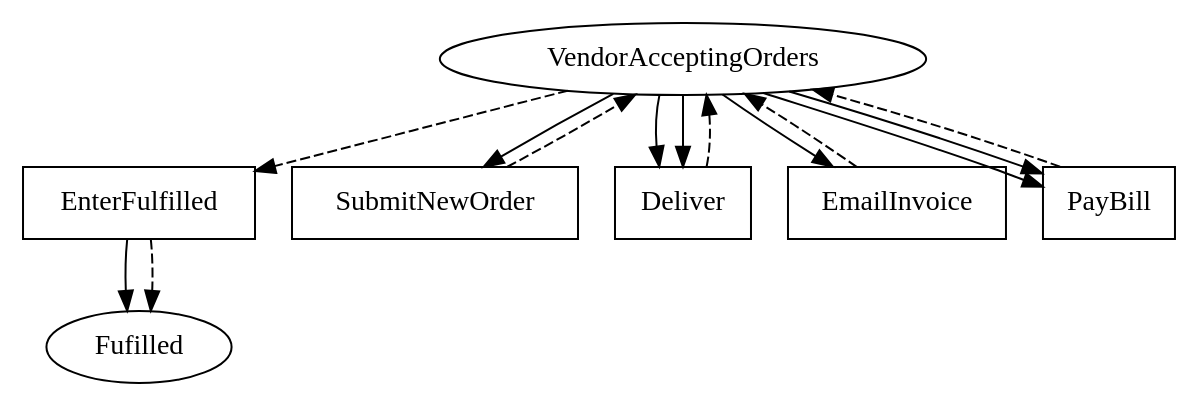
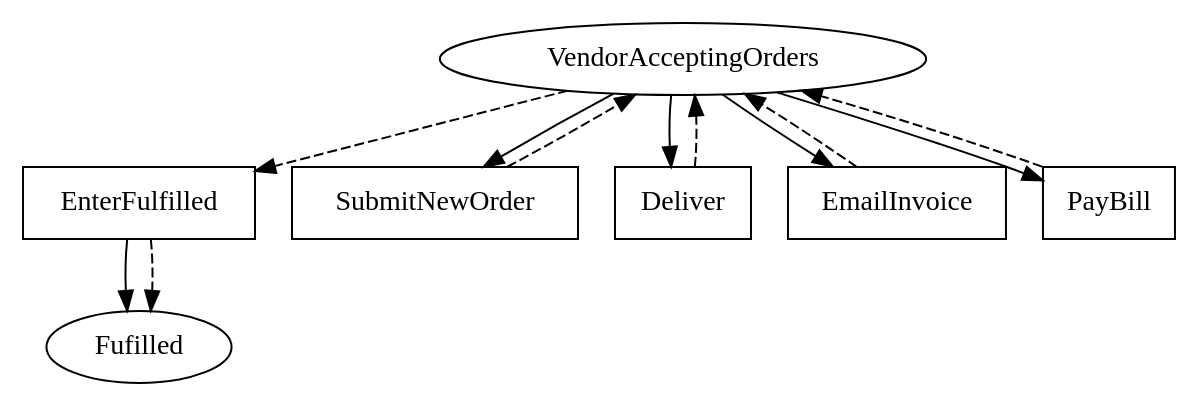
Before and after one commit to Marcao02/complaw-deeptech: the diagram in linear_state_machine_language/pyL4/examples_graphviz_out/from_academic_lit/hvitved_master_sales_agreement_full_with_ids_and_obligation_objects.dot, drawn with Graphviz. The commit also changed 21 other files, not shown here.

```diff
--- a/linear_state_machine_language/pyL4/examples_graphviz_out/from_academic_lit/hvitved_master_sales_agreement_full_with_ids_and_obligation_objects.dot
+++ b/linear_state_machine_language/pyL4/examples_graphviz_out/from_academic_lit/hvitved_master_sales_agreement_full_with_ids_and_obligation_objects.dot
@@ -1,32 +1,30 @@
 // THIS IS A GENERATED FILE. DO NOT EDIT.
 
 digraph Master_Sales_Agreement {    
     Fulfilled[label=Fufilled];
     VendorAcceptingOrders[label=VendorAcceptingOrders]
     
     EnterFulfilled[label=EnterFufilled,shape=box]; 
     SubmitNewOrder[label=SubmitNewOrder,shape=box];
 	Deliver[label=Deliver,shape=box];
 	EmailInvoice[label=EmailInvoice,shape=box];
 	PayBill[label=PayBill,shape=box];
 	EnterFulfilled[label=EnterFulfilled,shape=box]    
     
     EnterFulfilled -> Fulfilled;
     
     VendorAcceptingOrders -> SubmitNewOrder;
 	VendorAcceptingOrders -> PayBill;
-	VendorAcceptingOrders -> PayBill;
 	VendorAcceptingOrders -> EnterFulfilled [style=dashed];
-	VendorAcceptingOrders -> Deliver;
 	VendorAcceptingOrders -> Deliver;
 	VendorAcceptingOrders -> EmailInvoice
     
     SubmitNewOrder -> VendorAcceptingOrders [style=dashed];
 	Deliver -> VendorAcceptingOrders [style=dashed];
 	EmailInvoice -> VendorAcceptingOrders [style=dashed];
 	PayBill -> VendorAcceptingOrders [style=dashed];
 	EnterFulfilled -> Fulfilled [style=dashed];
 	     
     
        
 }
```
